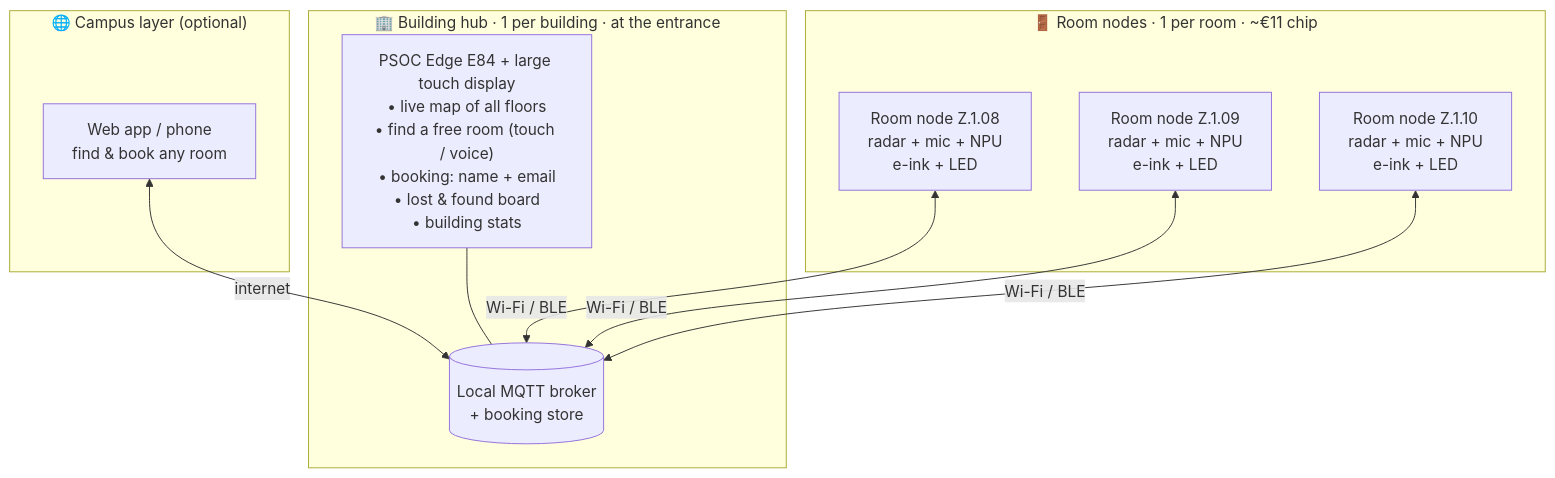
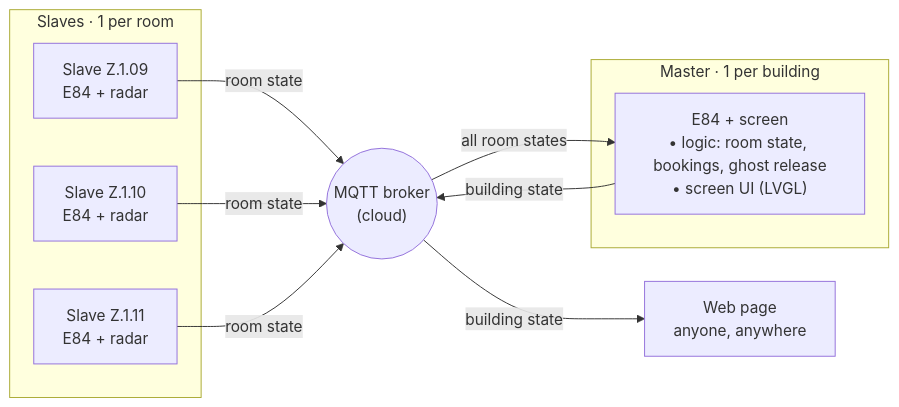
The first of 4 diagrams in README.md (NadaAbbas444/inhabitx), drawn with Mermaid before and after one commit. The commit also changed other lines of this file and 9 other files, not shown here.

First line of the commit message:
Restructure around slave, master and online web page

````diff
--- a/README.md
+++ b/README.md
@@ -20,24 +23,23 @@
 ```mermaid
-flowchart TB
-    subgraph CAMPUS["🌐 Campus layer (optional)"]
-        WEB["Web app / phone<br/>find &amp; book any room"]
+flowchart LR
+    subgraph ROOMS["Slaves · 1 per room"]
+        S1["Slave Z.1.09<br/>E84 + radar"]
+        S2["Slave Z.1.10<br/>E84 + radar"]
+        S3["Slave Z.1.11<br/>E84 + radar"]
     end
 
-    subgraph BUILDING["🏢 Building hub · 1 per building · at the entrance"]
-        HUB["PSOC Edge E84 + large touch display<br/>• live map of all floors<br/>• find a free room (touch / voice)<br/>• booking: name + email<br/>• lost &amp; found board<br/>• building stats"]
-        BROKER[("Local MQTT broker<br/>+ booking store")]
-        HUB --- BROKER
+    B(("MQTT broker<br/>(cloud)"))
+
+    subgraph BUILDING["Master · 1 per building"]
+        M["E84 + screen<br/>• logic: room state, bookings, ghost release<br/>• screen UI (LVGL)"]
     end
 
-    subgraph ROOMS["🚪 Room nodes · 1 per room · ~€11 chip"]
-        R1["Room node Z.1.08<br/>radar + mic + NPU<br/>e-ink + LED"]
-        R2["Room node Z.1.09<br/>radar + mic + NPU<br/>e-ink + LED"]
-        R3["Room node Z.1.10<br/>radar + mic + NPU<br/>e-ink + LED"]
-    end
+    W["Web page<br/>anyone, anywhere"]
 
-    WEB <-->|internet| BROKER
-    R1 <-->|Wi-Fi / BLE| BROKER
-    R2 <-->|Wi-Fi / BLE| BROKER
-    R3 <-->|Wi-Fi / BLE| BROKER
-
+    S1 -- "room state" --> B
+    S2 -- "room state" --> B
+    S3 -- "room state" --> B
+    B -- "all room states" --> M
+    M -- "building state" --> B
+    B -- "building state" --> W
 ```
````
